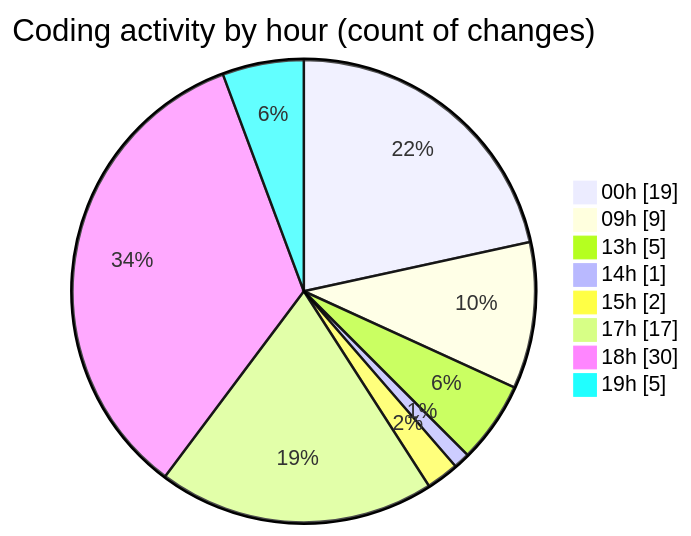
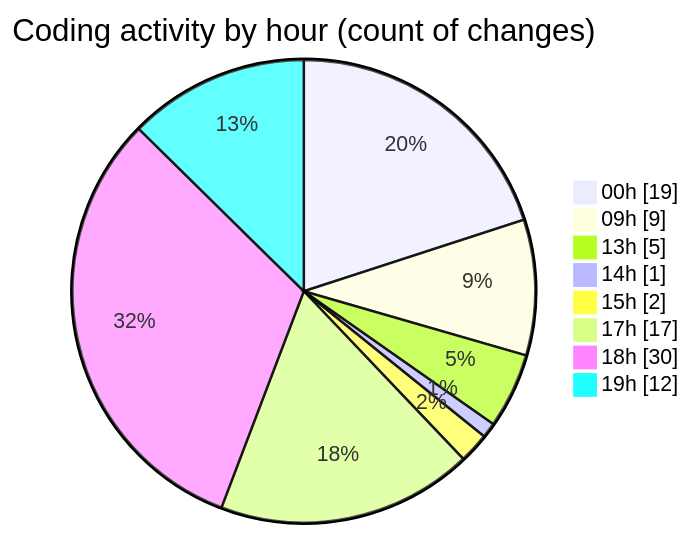
Before and after one commit to EIIisD/code-tracking: the second of 2 diagrams in 2025-08-12/ribbon/README.md, drawn with Mermaid. The commit also changed other lines of this file and 1 other file, not shown here.

````diff
--- a/2025-08-12/ribbon/README.md
+++ b/2025-08-12/ribbon/README.md
@@ -49,12 +51,12 @@
 ```mermaid
 pie showData
 title Coding activity by hour (count of changes)
 "00h" : 19
 "09h" : 9
 "13h" : 5
 "14h" : 1
 "15h" : 2
 "17h" : 17
 "18h" : 30
-"19h" : 5
+"19h" : 12
 ```
````
